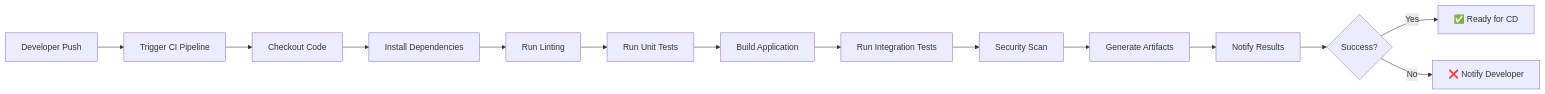
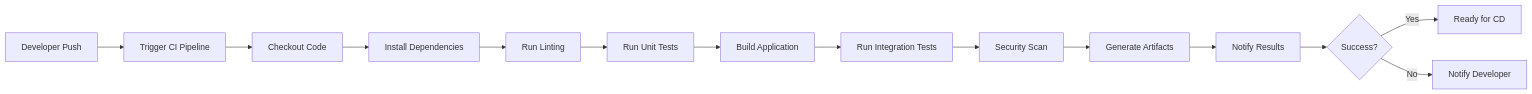
The diagram in resources/fase2/02-integracion-continua.md (andres-olarte396/devops-laoz-learning-path), drawn with Mermaid before and after one commit. The commit also changed other lines of this file and 47 other files, not shown here.

````diff
--- a/resources/fase2/02-integracion-continua.md
+++ b/resources/fase2/02-integracion-continua.md
@@ -91,17 +91,17 @@
 ```mermaid
 graph LR
     A[Developer Push] --> B[Trigger CI Pipeline]
     B --> C[Checkout Code]
     C --> D[Install Dependencies]
     D --> E[Run Linting]
     E --> F[Run Unit Tests]
     F --> G[Build Application]
     G --> H[Run Integration Tests]
     H --> I[Security Scan]
     I --> J[Generate Artifacts]
     J --> K[Notify Results]
-    
+
     K --> L{Success?}
-    L -->|Yes| M[✅ Ready for CD]
-    L -->|No| N[❌ Notify Developer]
+    L -->|Yes| M[ Ready for CD]
+    L -->|No| N[ Notify Developer]
 ```
````
